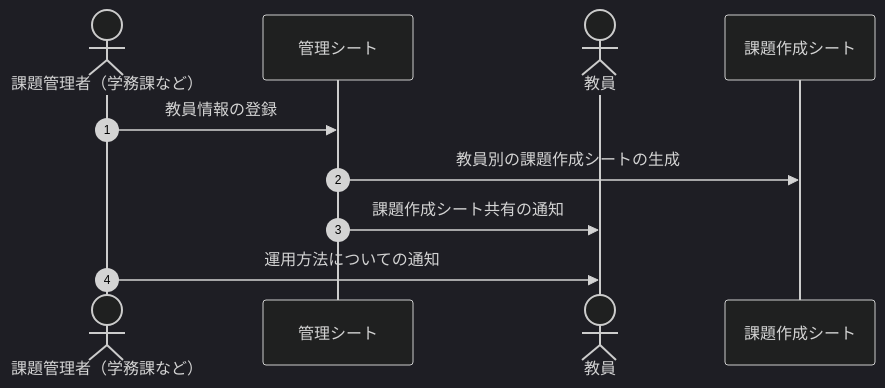
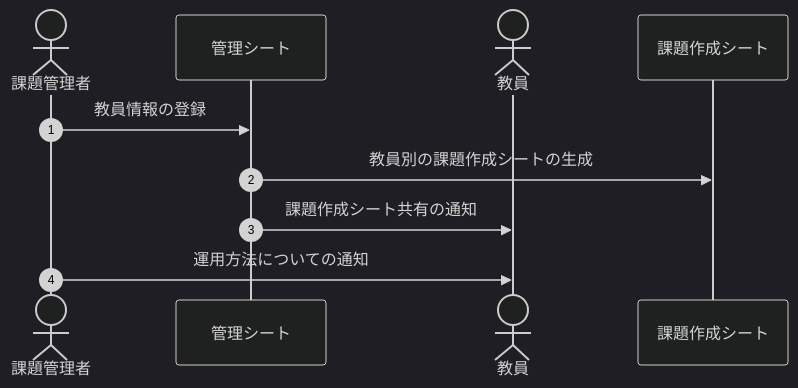
The third of 4 diagrams in README_JA.md (YujiSue/sAIten), drawn with Mermaid (dark theme) before and after one commit. The commit also changed other lines of this file, not shown here.

````diff
--- a/README_JA.md
+++ b/README_JA.md
@@ -71,14 +72,14 @@
 ```mermaid
 sequenceDiagram
     autonumber
-    actor Manager as 課題管理者（学務課など）
+    actor Manager as 課題管理者
     participant Control as 管理シート
     actor Author as 教員
     participant Main as 課題作成シート
 
     Manager->>Control: 教員情報の登録
     Control->>Main: 教員別の課題作成シートの生成
     Control->>Author: 課題作成シート共有の通知
     Manager->>Author: 運用方法についての通知
     
 ```
````
